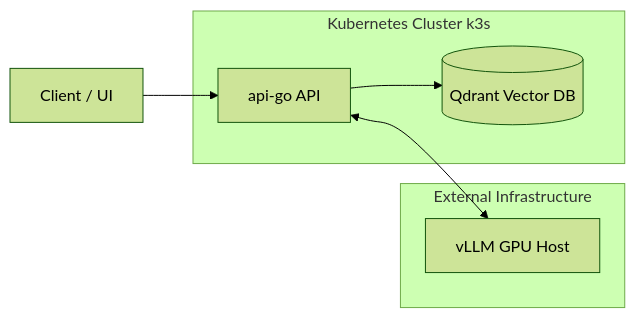
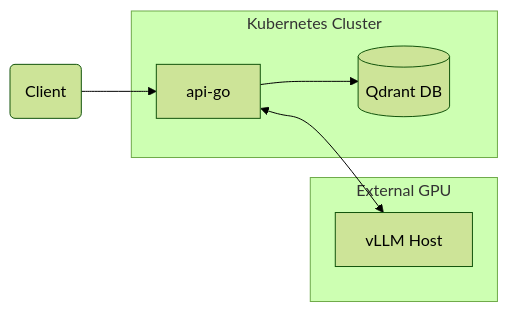
Before and after one commit to Kirill140992/ai-inference-platform: the diagram in docs/architecture.md, drawn with Mermaid (forest theme).

Commit message:
fix diagramm arch

````diff
--- a/docs/architecture.md
+++ b/docs/architecture.md
@@ -9,15 +9,15 @@
 ```mermaid
 flowchart LR
-    Client[  Client / UI  ] --> API[  api-go API  ]
-    API --> Qdrant[(  Qdrant Vector DB  )]
-    API <--> vLLM[  vLLM GPU Host  ]
+    Client(Client) --> API[api-go]
+    API --> Qdrant[(Qdrant DB)]
+    API <--> vLLM[vLLM Host]
 
-    subgraph k8s [  Kubernetes Cluster k3s  ]
-    API
-    Qdrant
+    subgraph K8s [Kubernetes Cluster]
+        API
+        Qdrant
     end
 
-    subgraph ext [  External Infrastructure  ]
-    vLLM
+    subgraph Ext [External GPU]
+        vLLM
     end
 ```
````
